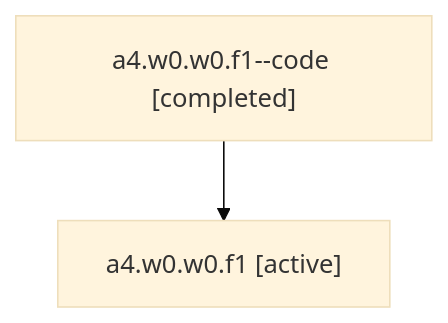
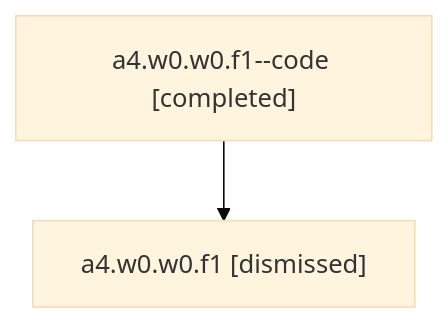
Before and after one commit to sase-org/sase--agents: the diagram in sessions/bbugyi200.athena.a4.w0.w0.f1.md, drawn with Mermaid (base theme). The commit also changed other lines of this file and 35 other files, not shown here.

````diff
--- a/sessions/bbugyi200.athena.a4.w0.w0.f1.md
+++ b/sessions/bbugyi200.athena.a4.w0.w0.f1.md
@@ -9,6 +9,6 @@
 ```mermaid
 flowchart TD
   n0["a4.w0.w0.f1--code [completed]"]
-  n1["a4.w0.w0.f1 [active]"]
+  n1["a4.w0.w0.f1 [dismissed]"]
   n0 --> n1
 ```
````
